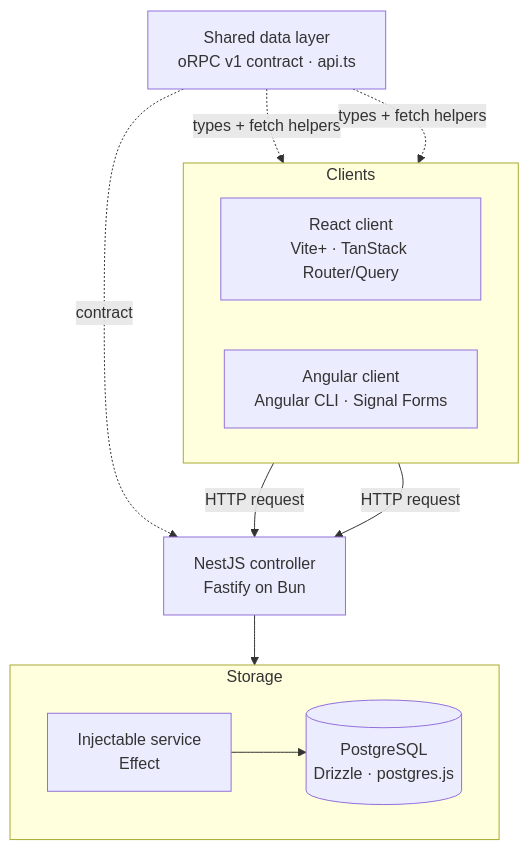
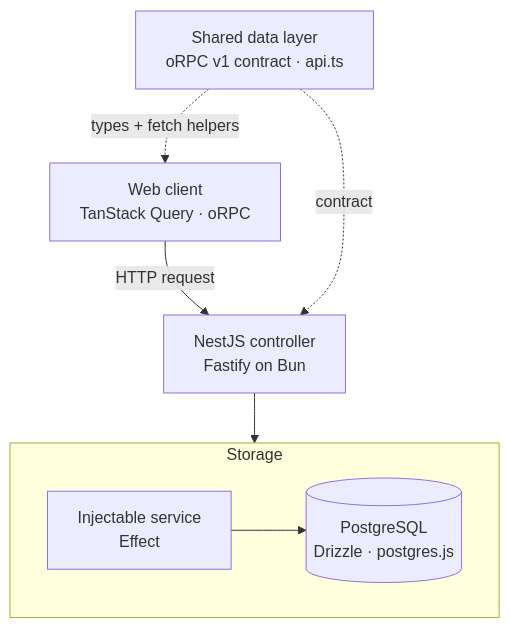
One commit to MH221B/lightweight-web-app-setup changed the diagram in cli/scripts/assets/architecture.postgres.mmd. Above: the diagram before and after it, drawn with Mermaid. The commit also changed 62 other files, not shown here.

```diff
--- a/cli/scripts/assets/architecture.postgres.mmd
+++ b/cli/scripts/assets/architecture.postgres.mmd
@@ -1,21 +1,15 @@
 flowchart TB
-  subgraph Clients
-    direction LR
-    React[React client<br/>Vite+ · TanStack Router/Query]
-    Angular[Angular client<br/>Angular CLI · Signal Forms]
-  end
+  Client[Web client<br/>TanStack Query · oRPC]
   Shared[Shared data layer<br/>oRPC v1 contract · api.ts]
   API[NestJS controller<br/>Fastify on Bun]
   subgraph Storage
     direction LR
     Service[Injectable service<br/>Effect]
     DB[(PostgreSQL<br/>Drizzle · postgres.js)]
     Service --> DB
   end
 
-  React -->|HTTP request| API
-  Angular -->|HTTP request| API
+  Client -->|HTTP request| API
   API --> Service
-  Shared -.->|types + fetch helpers| React
-  Shared -.->|types + fetch helpers| Angular
+  Shared -.->|types + fetch helpers| Client
   Shared -.->|contract| API
```
